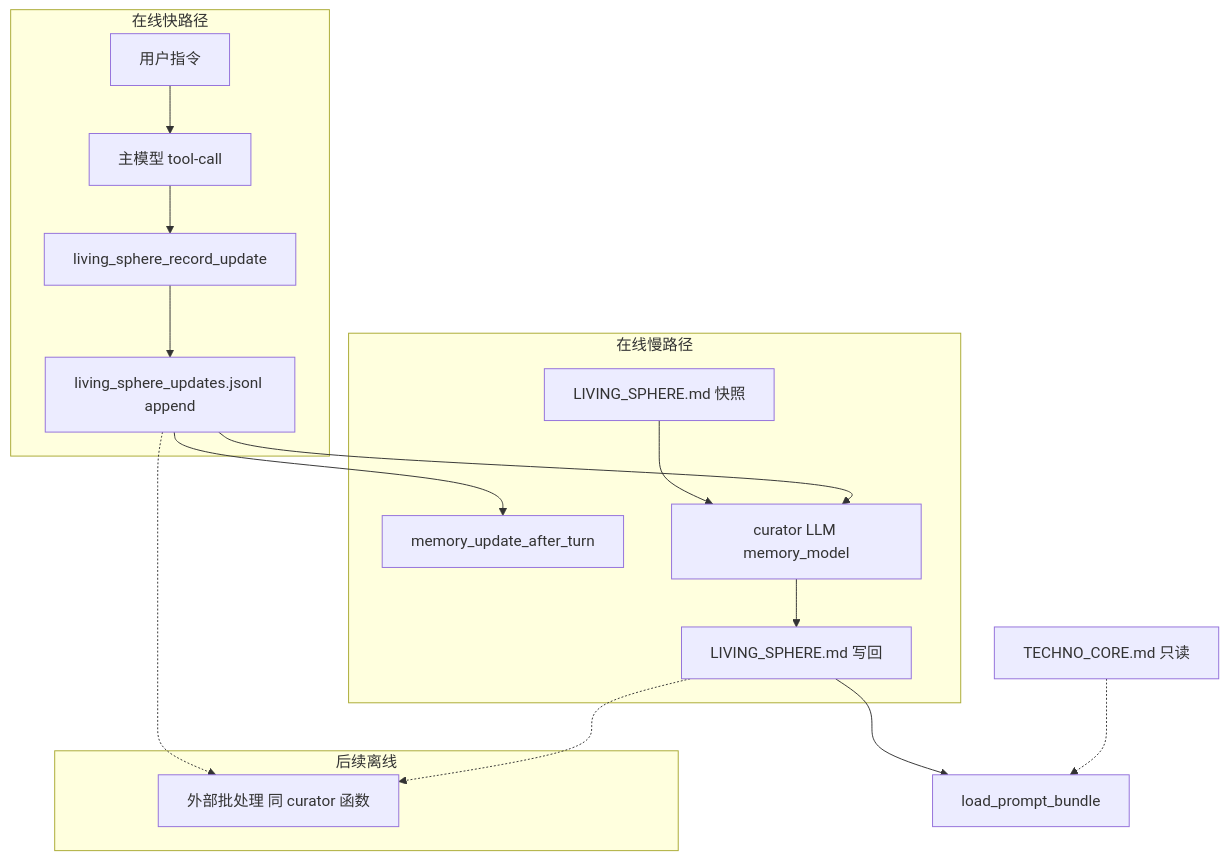
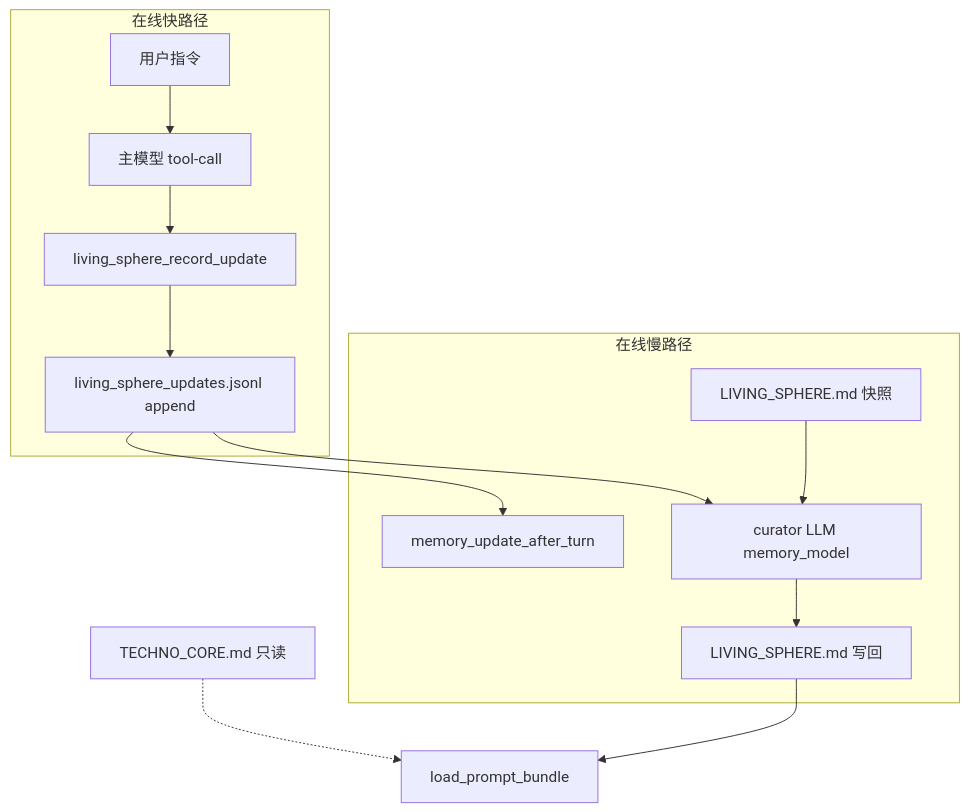
One commit to NascentCore/inty changed the diagram in docs/imate/companion_harness/LIVING_SPHERE.md. Above: the diagram before and after it, drawn with Mermaid. The commit also changed other lines of this file and 8 other files, not shown here.

````diff
--- a/docs/imate/companion_harness/LIVING_SPHERE.md
+++ b/docs/imate/companion_harness/LIVING_SPHERE.md
@@ -14,20 +12,16 @@
 ```mermaid
 flowchart TB
   subgraph fast [在线快路径]
     Chat[用户指令] --> MainLLM[主模型 tool-call]
     MainLLM --> Tool["living_sphere_record_update"]
     Tool --> Jsonl["living_sphere_updates.jsonl append"]
   end
   subgraph slow [在线慢路径]
     Jsonl --> Pipe[memory_update_after_turn]
     MDsnap["LIVING_SPHERE.md 快照"] --> Curator[curator LLM memory_model]
     Jsonl --> Curator
     Curator --> MDnew["LIVING_SPHERE.md 写回"]
   end
-  subgraph future [后续离线]
-    Jsonl -.-> Batch[外部批处理 同 curator 函数]
-    MDnew -.-> Batch
-  end
   MDnew --> Prompt[load_prompt_bundle]
   TC["TECHNO_CORE.md 只读"] -.-> Prompt
 ```
````
